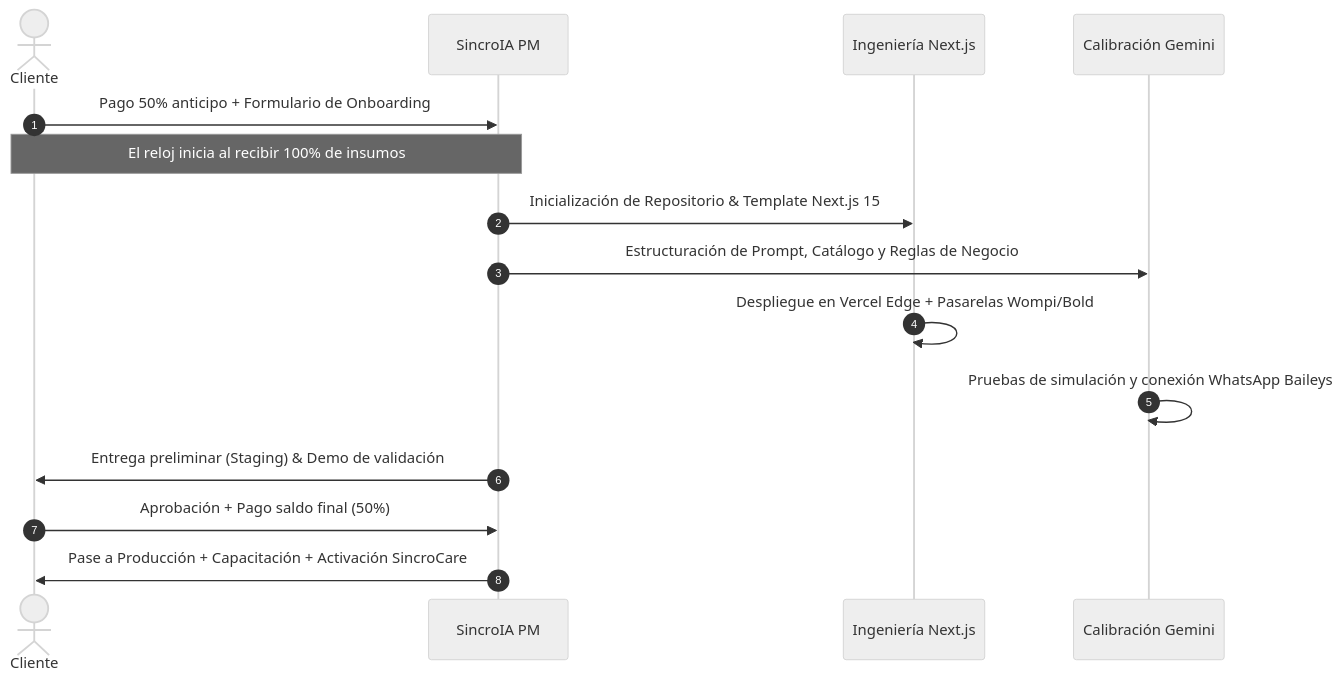
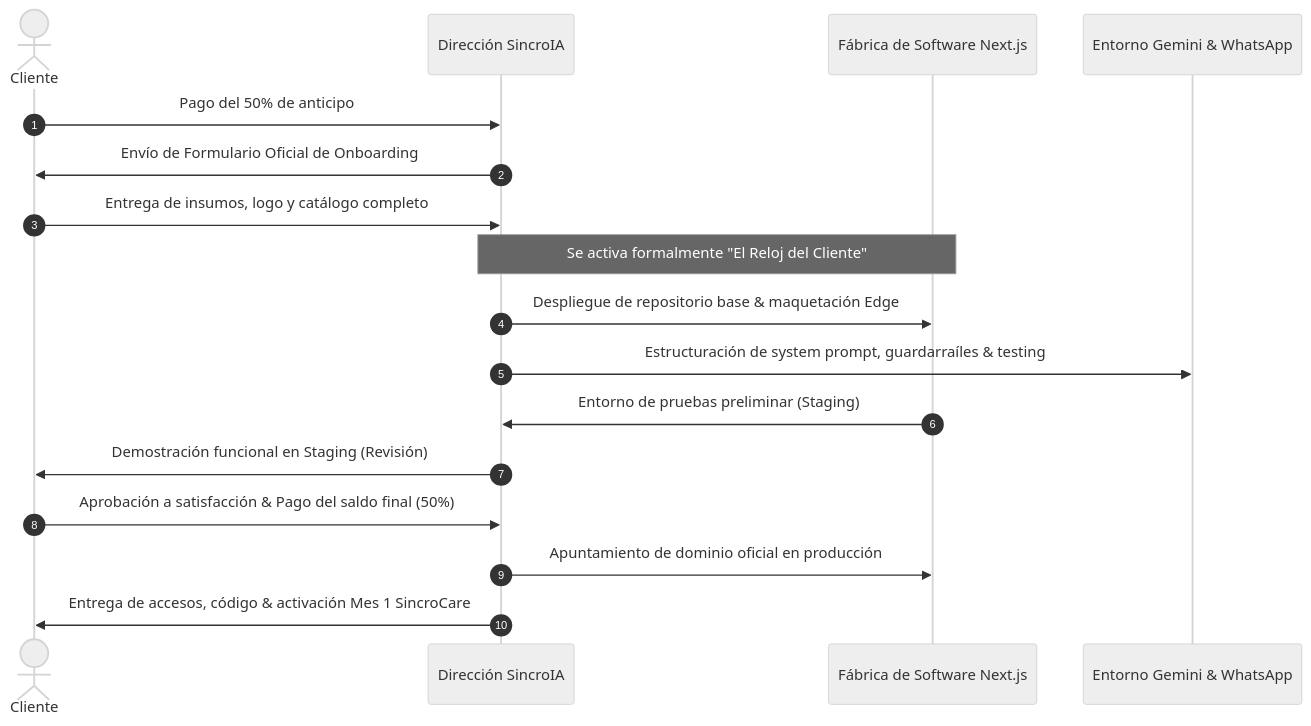
One commit to AlejoLamg/Sincria- changed the seventh of 10 diagrams in docs/PLAN_DE_NEGOCIOS_SINCROIA.md. Above: the diagram before and after it, drawn with Mermaid (neutral theme). The commit also changed other lines of this file, not shown here.

````diff
--- a/docs/PLAN_DE_NEGOCIOS_SINCROIA.md
+++ b/docs/PLAN_DE_NEGOCIOS_SINCROIA.md
@@ -348,18 +396,20 @@
 ```mermaid
 sequenceDiagram
     autonumber
     actor Cliente
-    participant PM as SincroIA PM
-    participant Dev as Ingeniería Next.js
-    participant AI as Calibración Gemini
+    participant Ops as Dirección SincroIA
+    participant Dev as Fábrica de Software Next.js
+    participant AI as Entorno Gemini & WhatsApp
 
-    Cliente->>PM: Pago 50% anticipo + Formulario de Onboarding
-    Note over Cliente,PM: El reloj inicia al recibir 100% de insumos
-    PM->>Dev: Inicialización de Repositorio & Template Next.js 15
-    PM->>AI: Estructuración de Prompt, Catálogo y Reglas de Negocio
-    Dev->>Dev: Despliegue en Vercel Edge + Pasarelas Wompi/Bold
-    AI->>AI: Pruebas de simulación y conexión WhatsApp Baileys
-    PM->>Cliente: Entrega preliminar (Staging) & Demo de validación
-    Cliente->>PM: Aprobación + Pago saldo final (50%)
-    PM->>Cliente: Pase a Producción + Capacitación + Activación SincroCare
+    Cliente->>Ops: Pago del 50% de anticipo
+    Ops->>Cliente: Envío de Formulario Oficial de Onboarding
+    Cliente->>Ops: Entrega de insumos, logo y catálogo completo
+    Note over Ops,Dev: Se activa formalmente "El Reloj del Cliente"
+    Ops->>Dev: Despliegue de repositorio base & maquetación Edge
+    Ops->>AI: Estructuración de system prompt, guardarraíles & testing
+    Dev->>Ops: Entorno de pruebas preliminar (Staging)
+    Ops->>Cliente: Demostración funcional en Staging (Revisión)
+    Cliente->>Ops: Aprobación a satisfacción & Pago del saldo final (50%)
+    Ops->>Dev: Apuntamiento de dominio oficial en producción
+    Ops->>Cliente: Entrega de accesos, código & activación Mes 1 SincroCare
 ```
````
